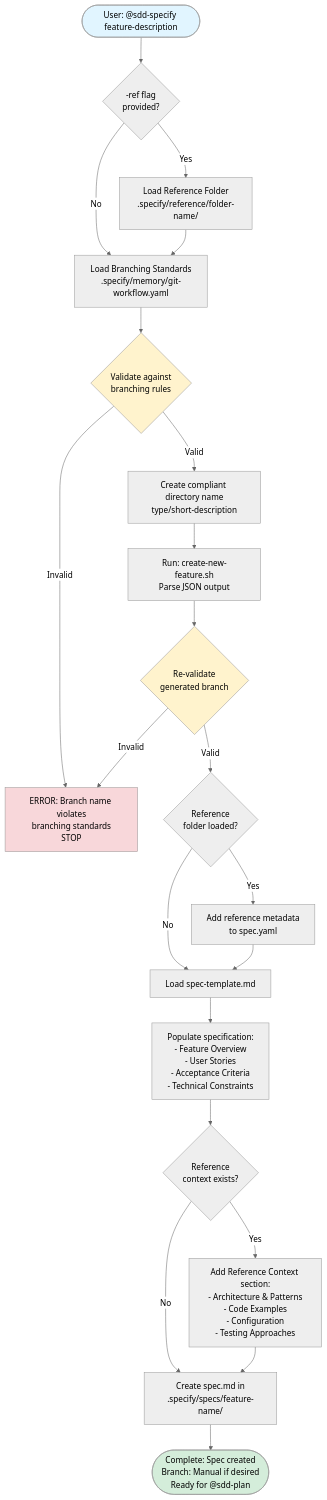
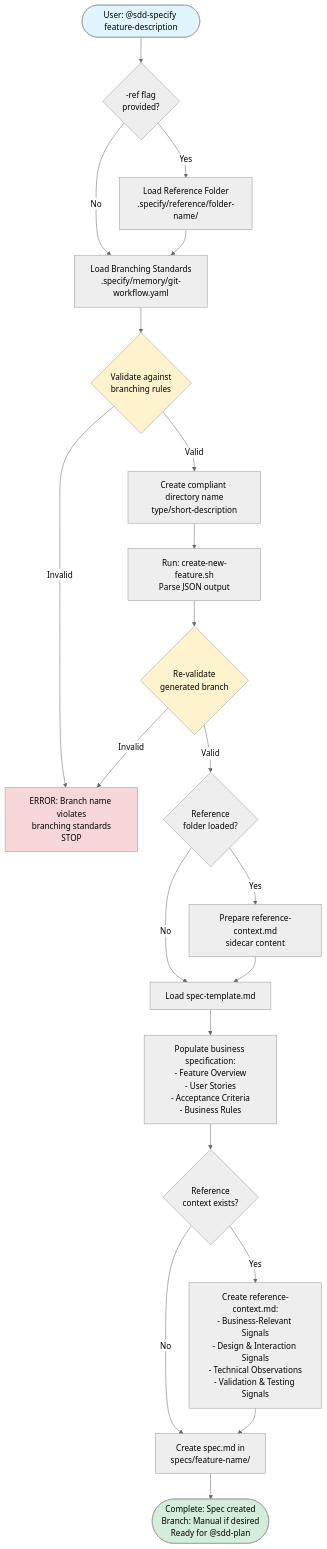
Before and after one commit to sdd-toolkit/ai-code-assistant: the diagram in docs/flow-specify.md, drawn with Mermaid (neutral theme). The commit also changed other lines of this file and 31 other files, not shown here.

````diff
--- a/docs/flow-specify.md
+++ b/docs/flow-specify.md
@@ -3,43 +3,43 @@
 ```mermaid
 flowchart TD
     Start([User: @sdd-specify feature-description]) --> CheckRef{-ref flag<br/>provided?}
 
     CheckRef -->|No| LoadBranching[Load Branching Standards<br/>.specify/memory/git-workflow.yaml]
     CheckRef -->|Yes| LoadRef[Load Reference Folder<br/>.specify/reference/folder-name/]
 
     LoadRef --> LoadBranching
 
     LoadBranching --> ValidateBranch{Validate against<br/>branching rules}
 
     ValidateBranch -->|Invalid| ErrorBranch[ERROR: Branch name violates<br/>branching standards<br/>STOP]
     ValidateBranch -->|Valid| CreateDirName[Create compliant directory name<br/>type/short-description]
 
     CreateDirName --> RunScript[Run: create-new-feature.sh<br/>Parse JSON output]
 
     RunScript --> PostValidate{Re-validate<br/>generated branch}
 
     PostValidate -->|Invalid| ErrorBranch
     PostValidate -->|Valid| CheckRefLoad{Reference<br/>folder loaded?}
 
-    CheckRefLoad -->|Yes| AddMetadata[Add reference metadata<br/>to spec.yaml]
+    CheckRefLoad -->|Yes| PrepareRefContext[Prepare reference-context.md<br/>sidecar content]
     CheckRefLoad -->|No| LoadTemplate[Load spec-template.md]
 
-    AddMetadata --> LoadTemplate
+    PrepareRefContext --> LoadTemplate
 
-    LoadTemplate --> PopulateSpec[Populate specification:<br/>- Feature Overview<br/>- User Stories<br/>- Acceptance Criteria<br/>- Technical Constraints]
+    LoadTemplate --> PopulateSpec[Populate business specification:<br/>- Feature Overview<br/>- User Stories<br/>- Acceptance Criteria<br/>- Business Rules]
 
     PopulateSpec --> CheckRefContext{Reference<br/>context exists?}
 
-    CheckRefContext -->|Yes| AddRefSection[Add Reference Context section:<br/>- Architecture & Patterns<br/>- Code Examples<br/>- Configuration<br/>- Testing Approaches]
-    CheckRefContext -->|No| CreateSpec[Create spec.md in<br/>.specify/specs/feature-name/]
+    CheckRefContext -->|Yes| CreateRefContext[Create reference-context.md:<br/>- Business-Relevant Signals<br/>- Design & Interaction Signals<br/>- Technical Observations<br/>- Validation & Testing Signals]
+    CheckRefContext -->|No| CreateSpec[Create spec.md in<br/>specs/feature-name/]
 
-    AddRefSection --> CreateSpec
+    CreateRefContext --> CreateSpec
 
     CreateSpec --> Done([Complete: Spec created<br/>Branch: Manual if desired<br/>Ready for @sdd-plan])
 
     style Start fill:#e1f5ff
     style Done fill:#d4edda
     style ErrorBranch fill:#f8d7da
     style ValidateBranch fill:#fff3cd
     style PostValidate fill:#fff3cd
 ```
````
